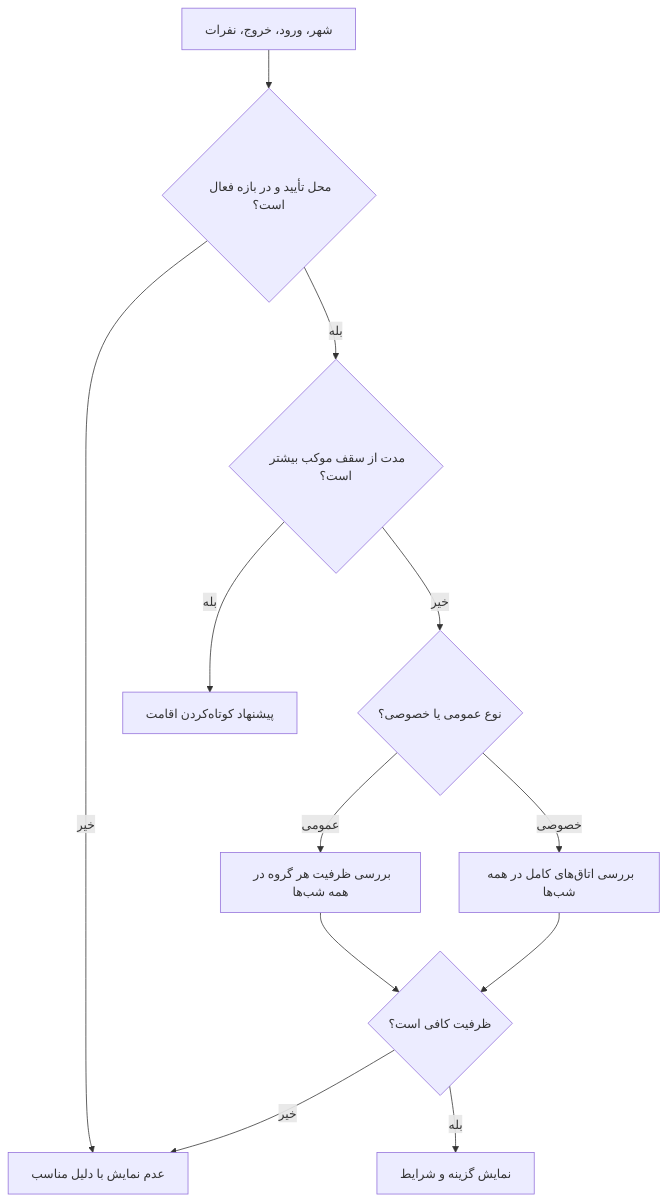
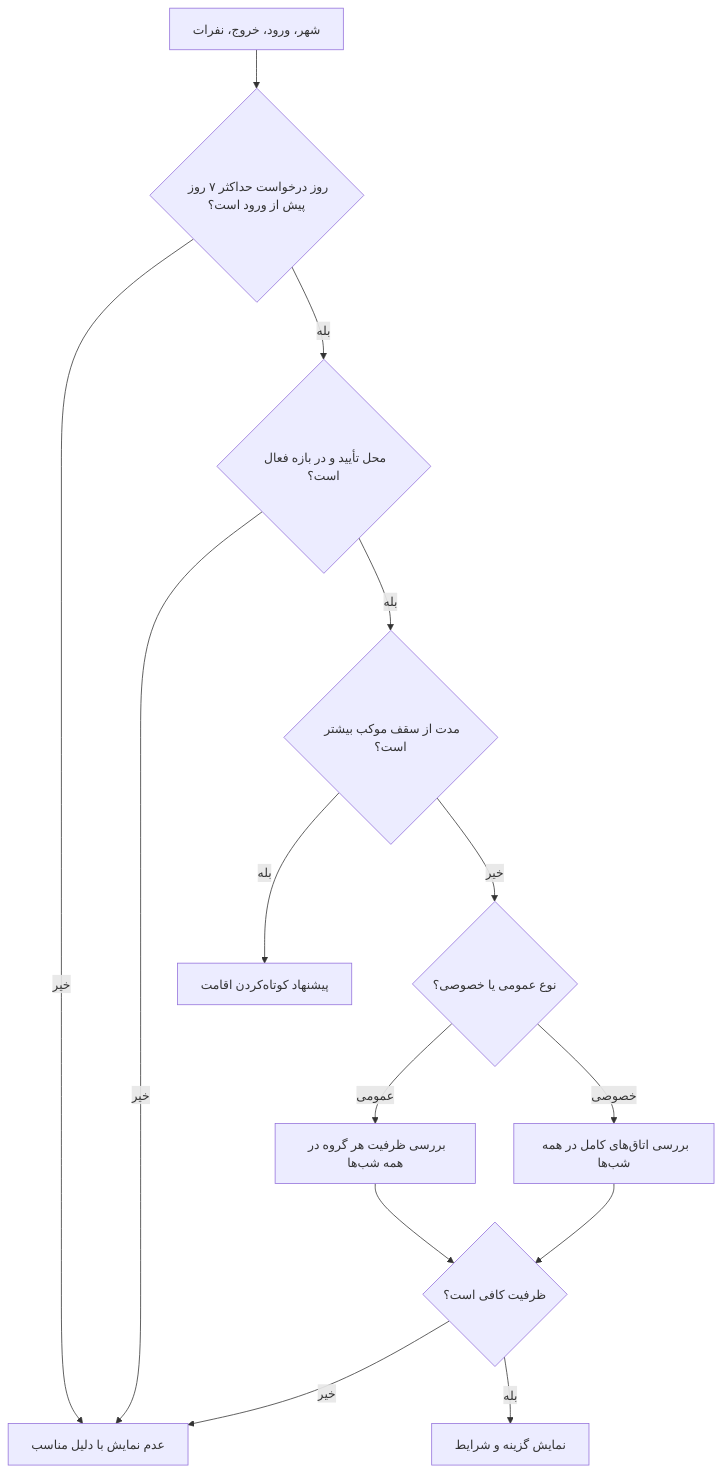
Before and after one commit to elyas5203/rezervasiyonBOT: the diagram in docs/ai/domains/CORE_BUSINESS_ENGINE.md, drawn with Mermaid. The commit also changed other lines of this file and 23 other files, not shown here.

````diff
--- a/docs/ai/domains/CORE_BUSINESS_ENGINE.md
+++ b/docs/ai/domains/CORE_BUSINESS_ENGINE.md
@@ -18,14 +18,16 @@
 ```mermaid
 flowchart TD
-    A["شهر، ورود، خروج، نفرات"] --> B{"محل تأیید و در بازه فعال است؟"}
+    A["شهر، ورود، خروج، نفرات"] --> T{"روز درخواست حداکثر ۷ روز پیش از ورود است؟"}
+    T -->|"خیر"| X["عدم نمایش با دلیل مناسب"]
+    T -->|"بله"| B{"محل تأیید و در بازه فعال است؟"}
     B -->|"خیر"| X["عدم نمایش با دلیل مناسب"]
     B -->|"بله"| C{"مدت از سقف موکب بیشتر است؟"}
     C -->|"بله"| Y["پیشنهاد کوتاه‌کردن اقامت"]
     C -->|"خیر"| D{"نوع عمومی یا خصوصی؟"}
     D -->|"عمومی"| E["بررسی ظرفیت هر گروه در همه شب‌ها"]
     D -->|"خصوصی"| F["بررسی اتاق‌های کامل در همه شب‌ها"]
     E --> G{"ظرفیت کافی است؟"}
     F --> G
     G -->|"خیر"| X
     G -->|"بله"| H["نمایش گزینه و شرایط"]
 ```
````
